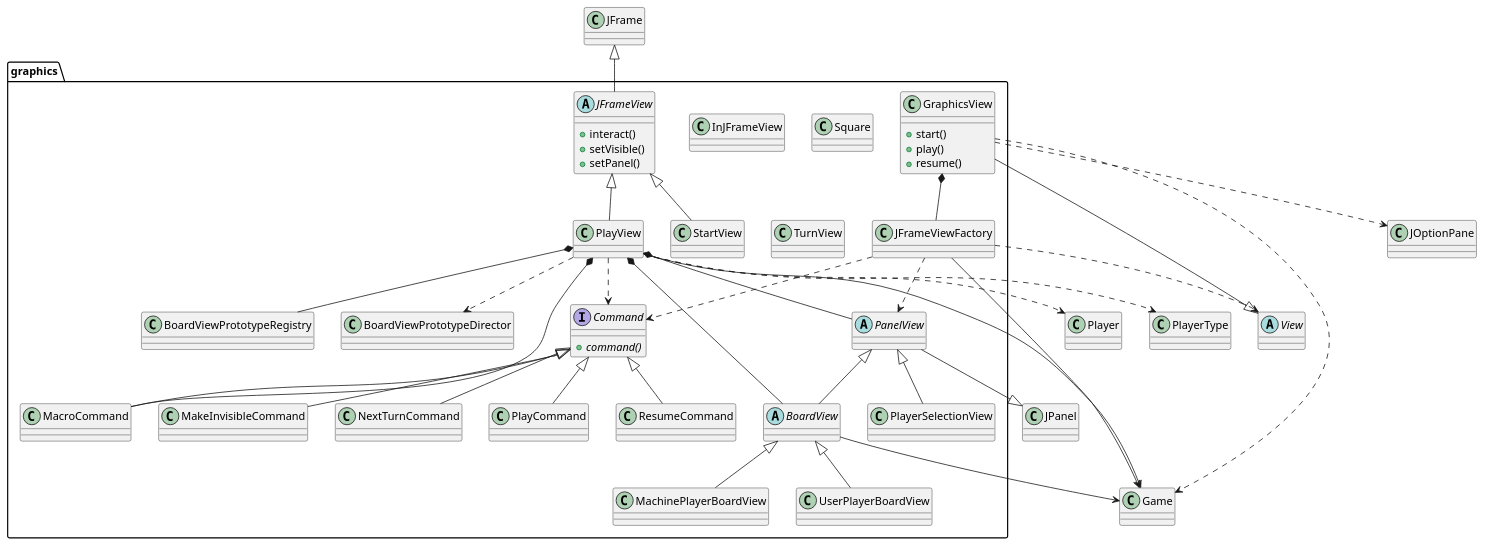
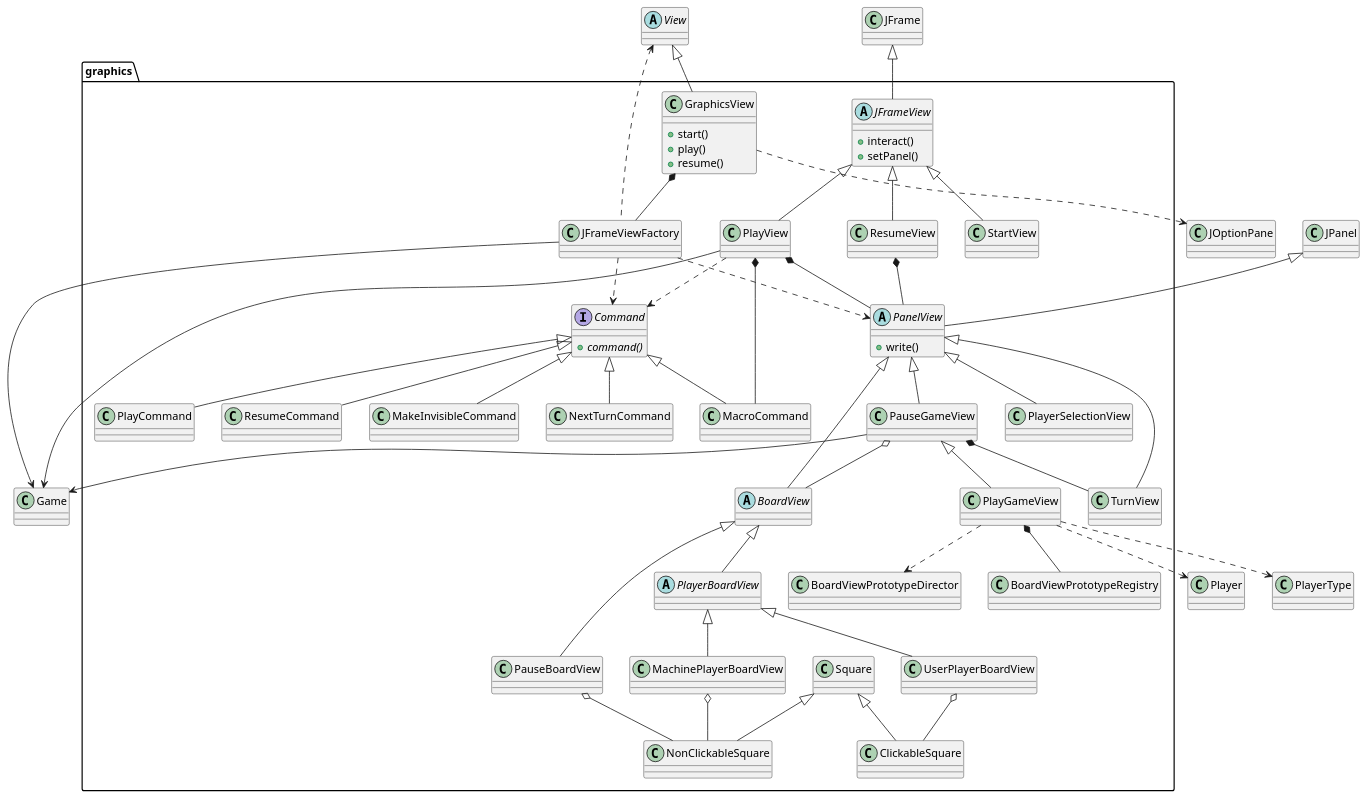
One commit to js-rom/connect4 changed the diagram in connect4/Docs/diagrams/src/packages/connect4.connect4.views.graphics.plantuml. Above: the diagram before and after it, drawn with PlantUML. The commit also changed 17 other files, not shown here.

```diff
--- a/connect4/Docs/diagrams/src/packages/connect4.connect4.views.graphics.plantuml
+++ b/connect4/Docs/diagrams/src/packages/connect4.connect4.views.graphics.plantuml
@@ -1,81 +1,99 @@
 @startuml connect4.connect4.views.graphics
-    abstract class graphics.BoardView
-    class graphics.BoardViewPrototypeDirector
-    class graphics.BoardViewPrototypeRegistry
-    interface graphics.Command
-    abstract class graphics.JFrameView
-    class graphics.JFrameViewFactory
-    class graphics.GraphicsView
-    class graphics.InJFrameView
-    class graphics.MachinePlayerBoardView
-    class graphics.MacroCommand
-    class graphics.MakeInvisibleCommand
-    class graphics.NextTurnCommand
-    class graphics.PlayCommand
-    class graphics.PlayerSelectionView
-    class graphics.PlayView
-    class graphics.ResumeCommand
-    class graphics.Square
-    class graphics.StartView
-    class graphics.TurnView
-    class graphics.UserPlayerBoardView
-    abstract class graphics.PanelView
-
-    GraphicsView *-- JFrameViewFactory
-    abstract class View
-    GraphicsView --|> View
-    class Game
-    GraphicsView ..> Game
-    class JOptionPane
-    GraphicsView ..> JOptionPane
-
-    JFrameView <|-- StartView
-    JFrameView <|-- PlayView
-    class JFrame
-    JFrame <|-- JFrameView
-    PlayView --> Game
-    PlayView *-- BoardViewPrototypeRegistry
-    PlayView *-- PanelView
-    PlayView *-- BoardView
-    PlayView ..> Command
-    PlayView *-- MacroCommand
-    PlayView ..> Player
-    PlayView ..> PlayerType
-    PlayView ..> BoardViewPrototypeDirector
-    
-
-    JFrameViewFactory --> Game
-    JFrameViewFactory ..> View
-    JFrameViewFactory ..> Command
-    JFrameViewFactory ..> PanelView
+abstract class graphics.BoardView
+class graphics.BoardViewPrototypeDirector
+class graphics.BoardViewPrototypeRegistry
+interface graphics.Command
+abstract class graphics.JFrameView
+class graphics.JFrameViewFactory
+class graphics.GraphicsView
+class graphics.MachinePlayerBoardView
+class graphics.MacroCommand
+class graphics.MakeInvisibleCommand
+class graphics.NextTurnCommand
+class graphics.PlayCommand
+class graphics.PlayerSelectionView
+class graphics.PlayView
+class graphics.ResumeView
+class graphics.ResumeCommand
+class graphics.Square
+class graphics.ClickableSquare
+class graphics.NonClickableSquare
+class graphics.StartView
+class graphics.TurnView
+class graphics.UserPlayerBoardView
+class graphics.PauseBoardView
+abstract class graphics.PanelView
+class graphics.PauseGameView
+class graphics.PlayGameView
+abstract class graphics.PlayerBoardView
 
 
-    Command <|-- MacroCommand
-    Command <|-- MakeInvisibleCommand
-    Command <|-- NextTurnCommand
-    Command <|-- PlayCommand
-    Command <|-- ResumeCommand
+GraphicsView *-- JFrameViewFactory
+abstract class View
+View <|-- GraphicsView
+class Game
+class JOptionPane
+GraphicsView ..> JOptionPane
 
-    BoardView --> Game
+JFrameView <|-- StartView
+JFrameView <|-- PlayView
+JFrameView <|-- ResumeView
+class JFrame
+JFrame <|-- JFrameView
+PlayView --> Game
+PlayView *-- PanelView
+PlayView ..> Command
+PlayView *-- MacroCommand
+PlayGameView ..> Player
+PlayGameView ..> PlayerType
 
-    BoardView <|-- MachinePlayerBoardView
-    BoardView <|-- UserPlayerBoardView
+ResumeView *-- PanelView
 
-    PanelView --|> JPanel
-    PanelView <|-- BoardView
-    PanelView <|-- PlayerSelectionView
+JFrameViewFactory --> Game
+View <..JFrameViewFactory
+JFrameViewFactory ..> Command
+JFrameViewFactory ..> PanelView
 
+Command <|-- MacroCommand
+Command <|-- MakeInvisibleCommand
+Command <|-- NextTurnCommand
+Command <|-- PlayCommand
+Command <|-- ResumeCommand
 
+BoardView <|-- PlayerBoardView
+PlayerBoardView <|-- MachinePlayerBoardView
+PlayerBoardView <|-- UserPlayerBoardView
+BoardView <|-- PauseBoardView
 
-    GraphicsView : +start()
-    GraphicsView : +play()
-    GraphicsView : +resume()
+JPanel <|-- PanelView
+PanelView <|-- BoardView
+PanelView <|-- PlayerSelectionView
+PanelView <|-- TurnView
+PanelView <|-- PauseGameView
 
-    JFrameView : +interact()
-    JFrameView : +setVisible()
-    JFrameView : +setPanel()
+PauseGameView --> Game
+PauseGameView o-- BoardView
+PauseGameView *-- TurnView
+PauseGameView <|-- PlayGameView
+PlayGameView *-- BoardViewPrototypeRegistry
+PlayGameView ..> BoardViewPrototypeDirector
 
-    Command : {abstract} +command()
+MachinePlayerBoardView o-- NonClickableSquare
+UserPlayerBoardView o-- ClickableSquare
+PauseBoardView o-- NonClickableSquare
 
-    
+Square <|-- ClickableSquare
+Square <|-- NonClickableSquare
+
+GraphicsView : +start()
+GraphicsView : +play()
+GraphicsView : +resume()
+
+JFrameView : +interact()
+JFrameView : +setPanel()
+
+PanelView : +write()
+
+Command : {abstract} +command()
+
 @enduml
```
